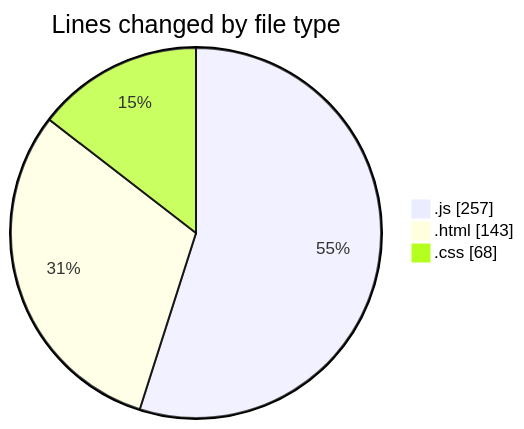
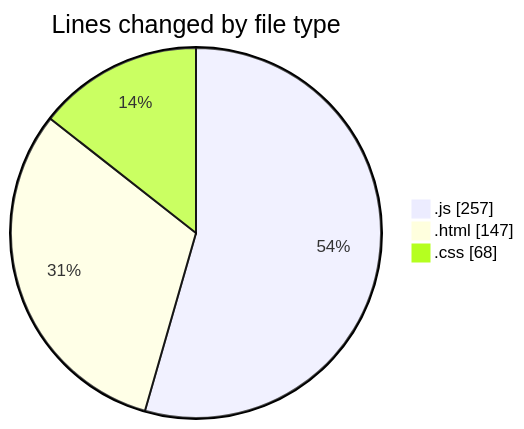
The first of 2 diagrams in 2025-01-24/projects/README.md (Ritupan-Deka/code-tracking), drawn with Mermaid before and after one commit. The commit also changed other lines of this file and 1 other file, not shown here.

````diff
--- a/2025-01-24/projects/README.md
+++ b/2025-01-24/projects/README.md
@@ -29,7 +29,7 @@
 ```mermaid
 pie showData
 title Lines changed by file type
 ".js" : 257
-".html" : 143
+".html" : 147
 ".css" : 68
 ```
````
